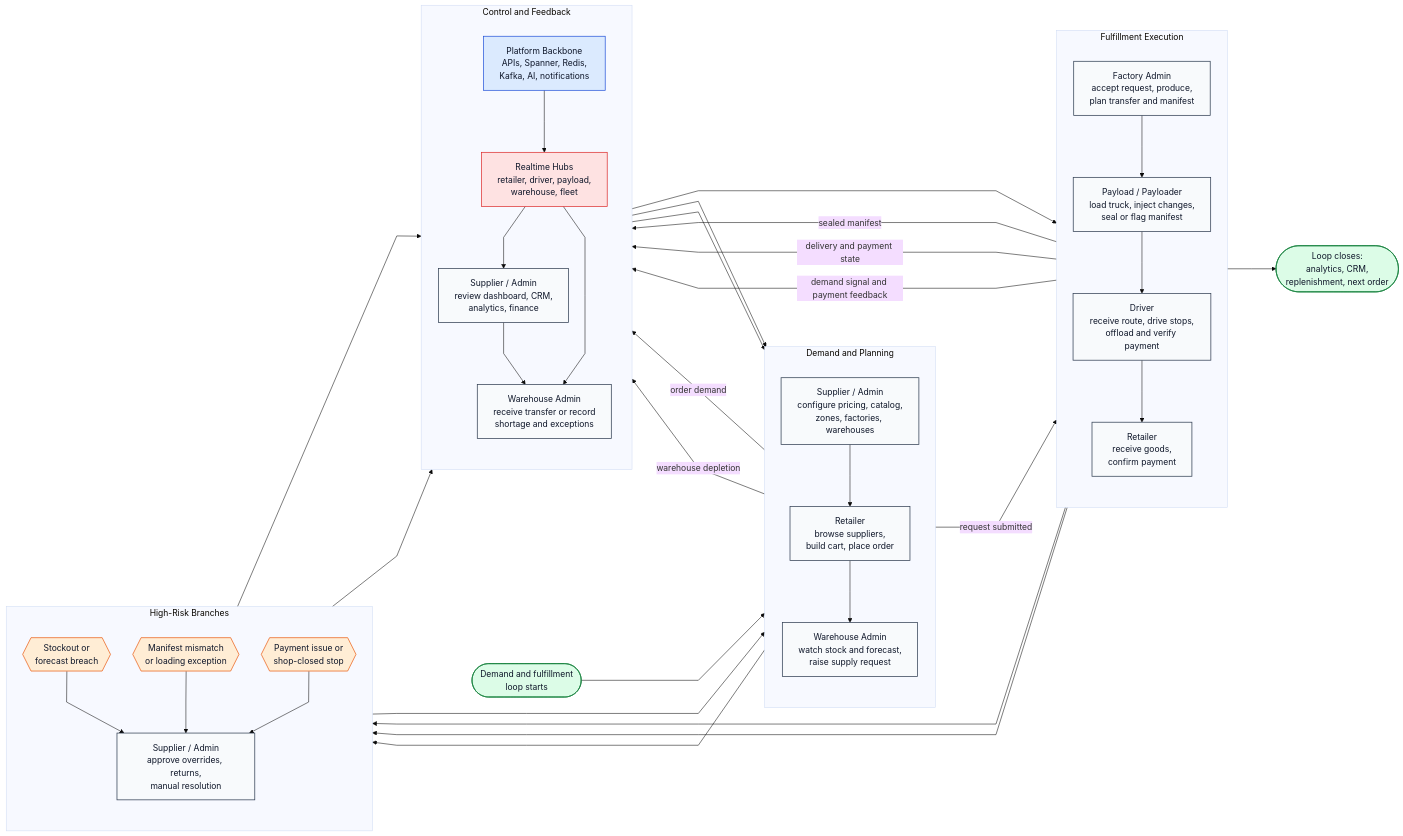
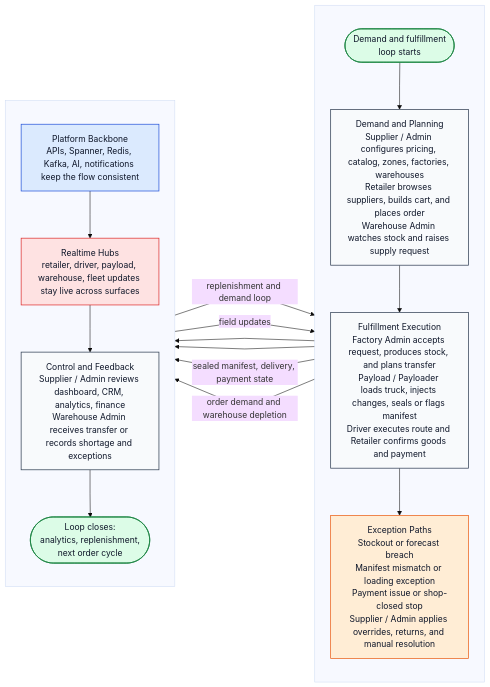
One commit to CYBERSTALKER07/ATOMOS changed the diagram in pegasus/assets/diagrams/pegasus-ecosystem-real-workflow.mmd. Above: the diagram before and after it, drawn with Mermaid. The commit also changed 4 other files, not shown here.

```diff
--- a/pegasus/assets/diagrams/pegasus-ecosystem-real-workflow.mmd
+++ b/pegasus/assets/diagrams/pegasus-ecosystem-real-workflow.mmd
@@ -1,65 +1,40 @@
-%%{init: {'theme':'base','flowchart': {'nodeSpacing': 42, 'rankSpacing': 92, 'curve': 'linear', 'htmlLabels': true}}}%%
+%%{init: {'theme':'base','flowchart': {'nodeSpacing': 40, 'rankSpacing': 64, 'curve': 'linear', 'htmlLabels': true}}}%%
 flowchart LR
     classDef role fill:#f8fafc,stroke:#334155,color:#0f172a,stroke-width:1.4px;
     classDef system fill:#dbeafe,stroke:#1d4ed8,color:#0f172a,stroke-width:1.3px;
     classDef realtime fill:#fee2e2,stroke:#dc2626,color:#0f172a,stroke-width:1.3px;
     classDef outcome fill:#dcfce7,stroke:#15803d,color:#0f172a,stroke-width:1.3px;
     classDef warning fill:#ffedd5,stroke:#ea580c,color:#0f172a,stroke-width:1.3px;
 
     START([Demand and fulfillment<br/>loop starts]):::outcome
 
-    subgraph PHASE1[Demand and Planning]
+    PH1[Demand and Planning<br/>Supplier / Admin configures pricing, catalog, zones, factories, warehouses<br/>Retailer browses suppliers, builds cart, and places order<br/>Warehouse Admin watches stock and raises supply request]:::role
+
+    PH2[Fulfillment Execution<br/>Factory Admin accepts request, produces stock, and plans transfer<br/>Payload / Payloader loads truck, injects changes, seals or flags manifest<br/>Driver executes route and Retailer confirms goods and payment]:::role
+
+    CORE[Platform Backbone<br/>APIs, Spanner, Redis, Kafka, AI, notifications keep the flow consistent]:::system
+
+    LIVE[Realtime Hubs<br/>retailer, driver, payload, warehouse, fleet updates stay live across surfaces]:::realtime
+
+    OPS[Control and Feedback<br/>Supplier / Admin reviews dashboard, CRM, analytics, finance<br/>Warehouse Admin receives transfer or records shortage and exceptions]:::role
+
+    EX[Exception Paths<br/>Stockout or forecast breach<br/>Manifest mismatch or loading exception<br/>Payment issue or shop-closed stop<br/>Supplier / Admin applies overrides, returns, and manual resolution]:::warning
+
+    END([Loop closes:<br/>analytics, replenishment,<br/>next order cycle]):::outcome
+
+    subgraph COL1[ ]
         direction TB
-        S1[Supplier / Admin<br/>configure pricing, catalog,<br/>zones, factories, warehouses]:::role
-        R1[Retailer<br/>browse suppliers,<br/>build cart, place order]:::role
-        W1[Warehouse Admin<br/>watch stock and forecast,<br/>raise supply request]:::role
-        S1 --> R1 --> W1
+        START --> PH1 --> PH2 --> EX
     end
 
-    subgraph PHASE2[Fulfillment Execution]
+    subgraph COL2[ ]
         direction TB
-        F1[Factory Admin<br/>accept request, produce,<br/>plan transfer and manifest]:::role
-        P1[Payload / Payloader<br/>load truck, inject changes,<br/>seal or flag manifest]:::role
-        D1[Driver<br/>receive route, drive stops,<br/>offload and verify payment]:::role
-        R2[Retailer<br/>receive goods,<br/>confirm payment]:::role
-        F1 --> P1 --> D1 --> R2
+        CORE --> LIVE --> OPS --> END
     end
 
-    subgraph PHASE3[Control and Feedback]
-        direction TB
-        B1[Platform Backbone<br/>APIs, Spanner, Redis,<br/>Kafka, AI, notifications]:::system
-        B2[Realtime Hubs<br/>retailer, driver, payload,<br/>warehouse, fleet]:::realtime
-        S2[Supplier / Admin<br/>review dashboard, CRM,<br/>analytics, finance]:::role
-        W2[Warehouse Admin<br/>receive transfer or record<br/>shortage and exceptions]:::role
-        B1 --> B2 --> S2 --> W2
-    end
-
-    subgraph EXCEPTIONS[High-Risk Branches]
-        direction TB
-        EX1{{Stockout or<br/>forecast breach}}:::warning
-        EX2{{Manifest mismatch<br/>or loading exception}}:::warning
-        EX3{{Payment issue or<br/>shop-closed stop}}:::warning
-        S3[Supplier / Admin<br/>approve overrides, returns,<br/>manual resolution]:::role
-    end
-
-    START --> S1
-    W1 -->|request submitted| F1
-    R2 --> END([Loop closes:<br/>analytics, CRM,<br/>replenishment, next order]):::outcome
-
-    R1 -->|order demand| B1
-    W1 -->|warehouse depletion| B1
-    P1 -->|sealed manifest| B1
-    D1 -->|delivery and payment state| B1
-    R2 -->|demand signal and payment feedback| B1
-
-    S2 --> W1
-    S2 --> S1
-    B2 --> R2
-    B2 --> W2
-
-    W1 --> EX1 --> S3
-    P1 --> EX2 --> S3
-    D1 --> EX3 --> S3
-    S3 --> W2
-    S3 --> S1
-    S3 --> B1
+    EX --> OPS
+    EX --> OPS
+    OPS -->|replenishment and demand loop| PH1
+    PH2 -->|sealed manifest, delivery, payment state| CORE
+    PH1 -->|order demand and warehouse depletion| CORE
+    LIVE -->|field updates| PH2
```
